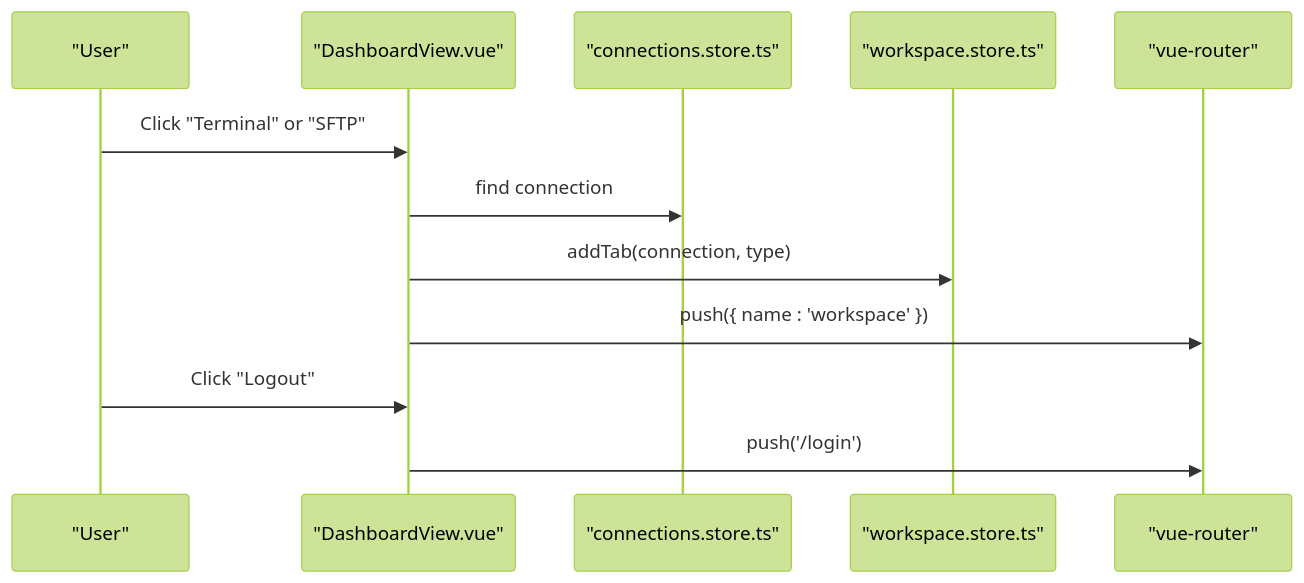
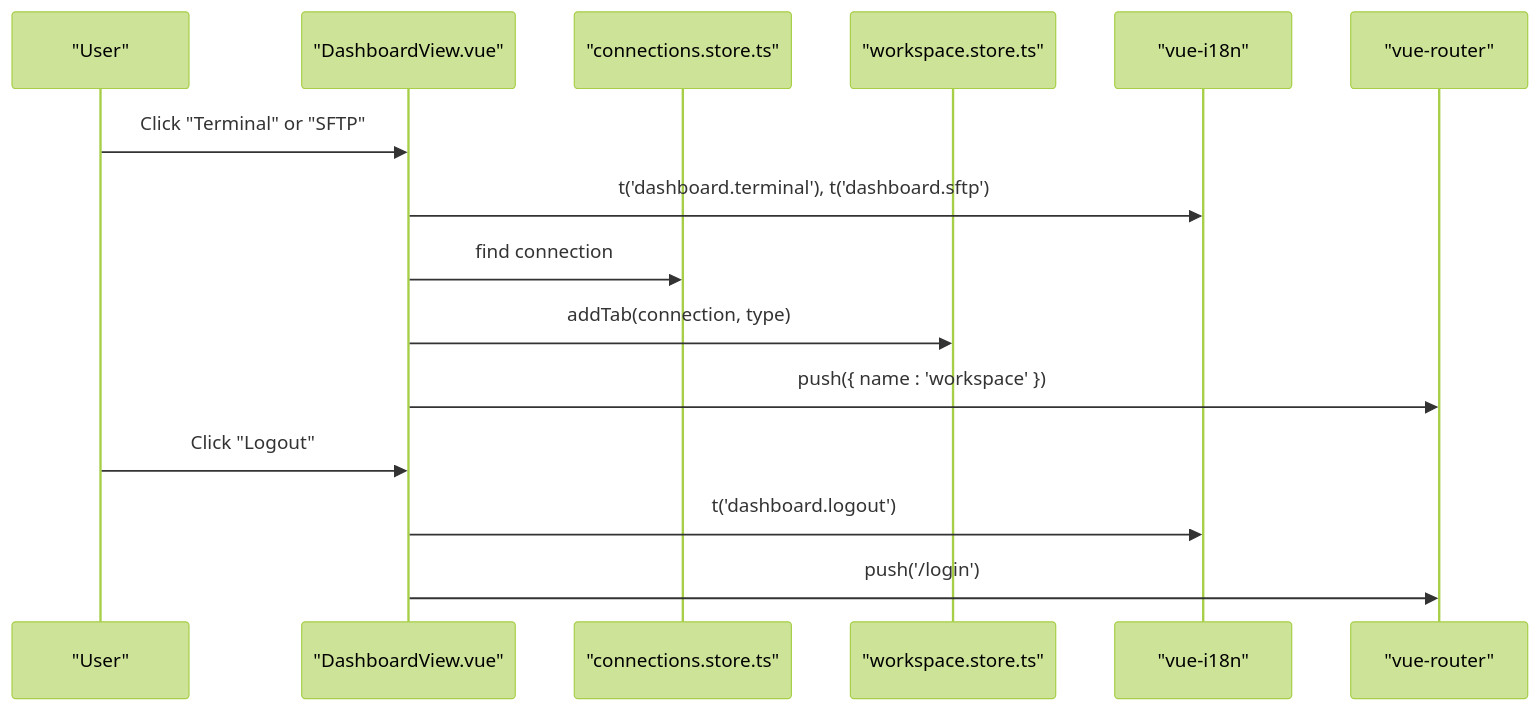
The sixth of 11 diagrams in .qoder/repowiki/en/content/Frontend Application Architecture/Vue.js Application Structure.md (alickjoe/webterm), drawn with Mermaid (forest theme) before and after one commit. The commit also changed other lines of this file and 3 other files, not shown here.

First line of the commit message:
docs(architecture): 更新架构概览文档内容排版和格式

````diff
--- a/.qoder/repowiki/en/content/Frontend Application Architecture/Vue.js Application Structure.md
+++ b/.qoder/repowiki/en/content/Frontend Application Architecture/Vue.js Application Structure.md
@@ -264,14 +354,17 @@
 ```mermaid
 sequenceDiagram
 participant U as "User"
 participant DV as "DashboardView.vue"
 participant CS as "connections.store.ts"
 participant WS as "workspace.store.ts"
+participant I18n as "vue-i18n"
 participant Router as "vue-router"
 U->>DV : Click "Terminal" or "SFTP"
+DV->>I18n : t('dashboard.terminal'), t('dashboard.sftp')
 DV->>CS : find connection
 DV->>WS : addTab(connection, type)
 DV->>Router : push({ name : 'workspace' })
 U->>DV : Click "Logout"
+DV->>I18n : t('dashboard.logout')
 DV->>Router : push('/login')
 ```
````
